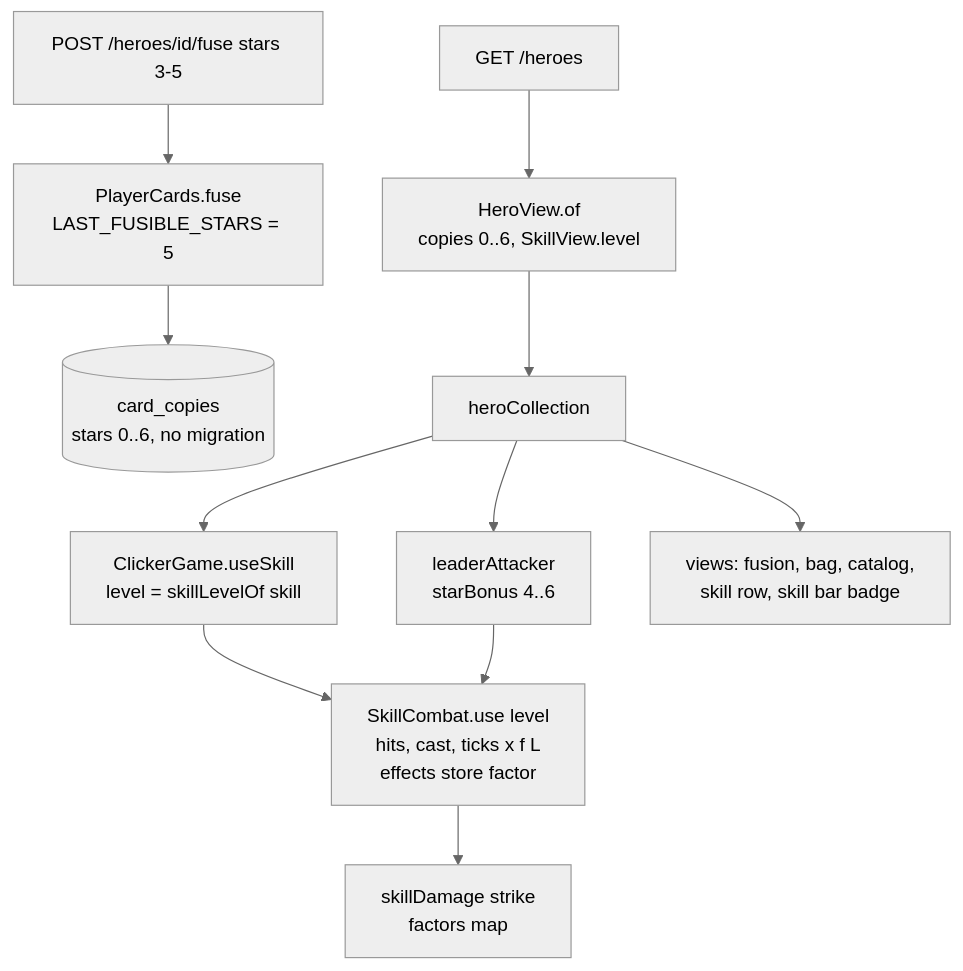
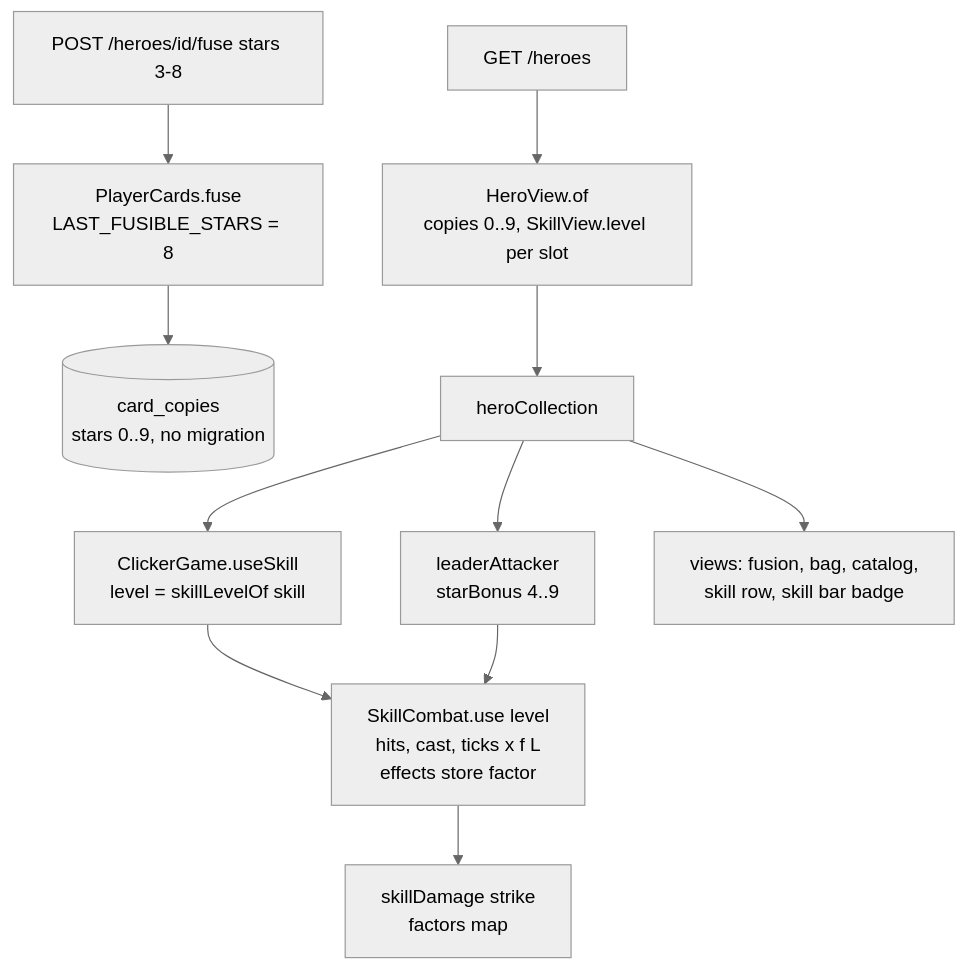
One commit to woodriveer/infinity-grove-phaser changed the diagram in .specs/features/hero-ascension/design.md. Above: the diagram before and after it, drawn with Mermaid (neutral theme). The commit also changed other lines of this file and 4 other files, not shown here.

First line of the commit message:
docs(specs): raise hero ascension to 9 stars, one skill per star

````diff
--- a/.specs/features/hero-ascension/design.md
+++ b/.specs/features/hero-ascension/design.md
@@ -16,13 +16,13 @@
 ```mermaid
 graph TD
-    A[POST /heroes/id/fuse stars 3-5] --> B[PlayerCards.fuse<br/>LAST_FUSIBLE_STARS = 5]
-    B --> C[(card_copies<br/>stars 0..6, no migration)]
-    D[GET /heroes] --> E[HeroView.of<br/>copies 0..6, SkillView.level]
+    A[POST /heroes/id/fuse stars 3-8] --> B[PlayerCards.fuse<br/>LAST_FUSIBLE_STARS = 8]
+    B --> C[(card_copies<br/>stars 0..9, no migration)]
+    D[GET /heroes] --> E[HeroView.of<br/>copies 0..9, SkillView.level per slot]
     E --> F[heroCollection]
     F --> G[ClickerGame.useSkill<br/>level = skillLevelOf skill]
     G --> H[SkillCombat.use level<br/>hits, cast, ticks x f L<br/>effects store factor]
     H --> I[skillDamage strike<br/>factors map]
-    F --> J[leaderAttacker<br/>starBonus 4..6]
+    F --> J[leaderAttacker<br/>starBonus 4..9]
     J --> H
     F --> K[views: fusion, bag, catalog,<br/>skill row, skill bar badge]
 ```
````
